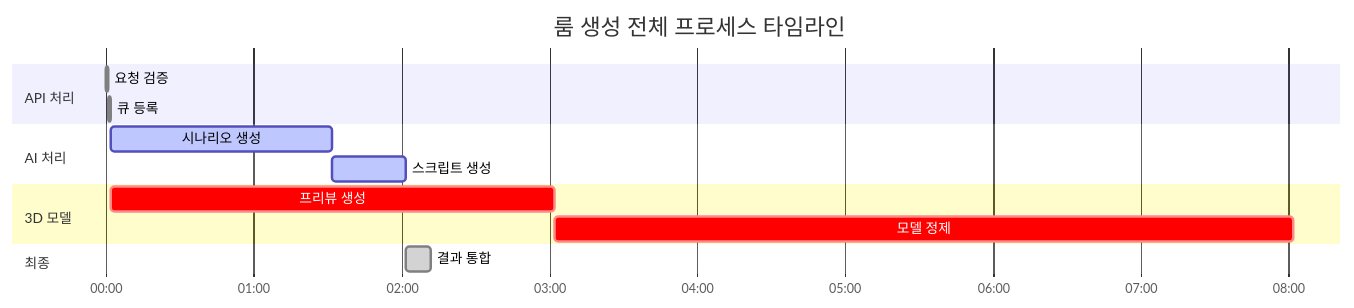
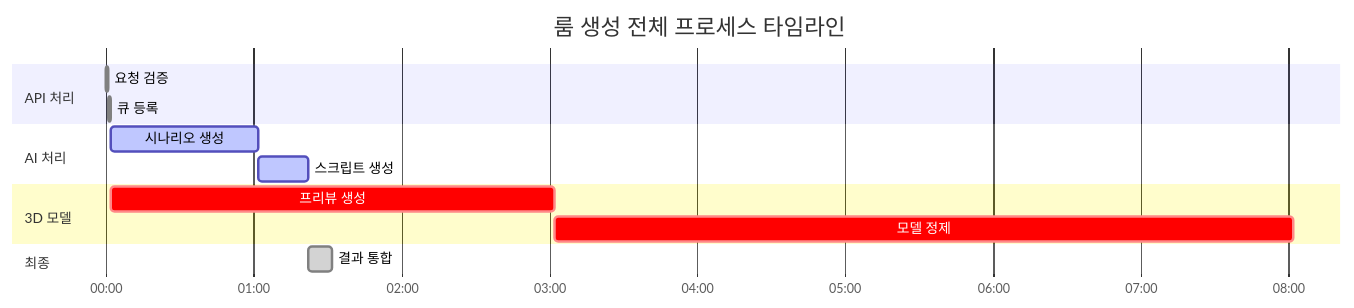
Before and after one commit to Febriez/eroom-docs: the second of 2 diagrams in architecture/performance-architecture.md, drawn with Mermaid. The commit also changed other lines of this file and 15 other files, not shown here.

````diff
--- a/architecture/performance-architecture.md
+++ b/architecture/performance-architecture.md
@@ -220,21 +183,21 @@
-  ```mermaid
-  gantt
-      title 룸 생성 전체 프로세스 타임라인
-      dateFormat mm:ss
-      axisFormat %M:%S
-      
+{% mermaid %}
+gantt
+title 룸 생성 전체 프로세스 타임라인
+dateFormat mm:ss
+axisFormat %M:%S
+
       section API 처리
       요청 검증          :done, api1, 00:00, 1s
       큐 등록           :done, api2, after api1, 1s
       
       section AI 처리
-      시나리오 생성      :active, ai1, after api2, 90s
-      스크립트 생성      :active, ai2, after ai1, 30s
+      시나리오 생성      :active, ai1, after api2, 60s
+      스크립트 생성      :active, ai2, after ai1, 20s
       
       section 3D 모델
       프리뷰 생성       :crit, 3d1, after api2, 180s
       모델 정제         :crit, 3d2, after 3d1, 300s
       
       section 최종
       결과 통합         :done, final, after ai2, 10s
-  ```
+{% endmermaid %}
````
